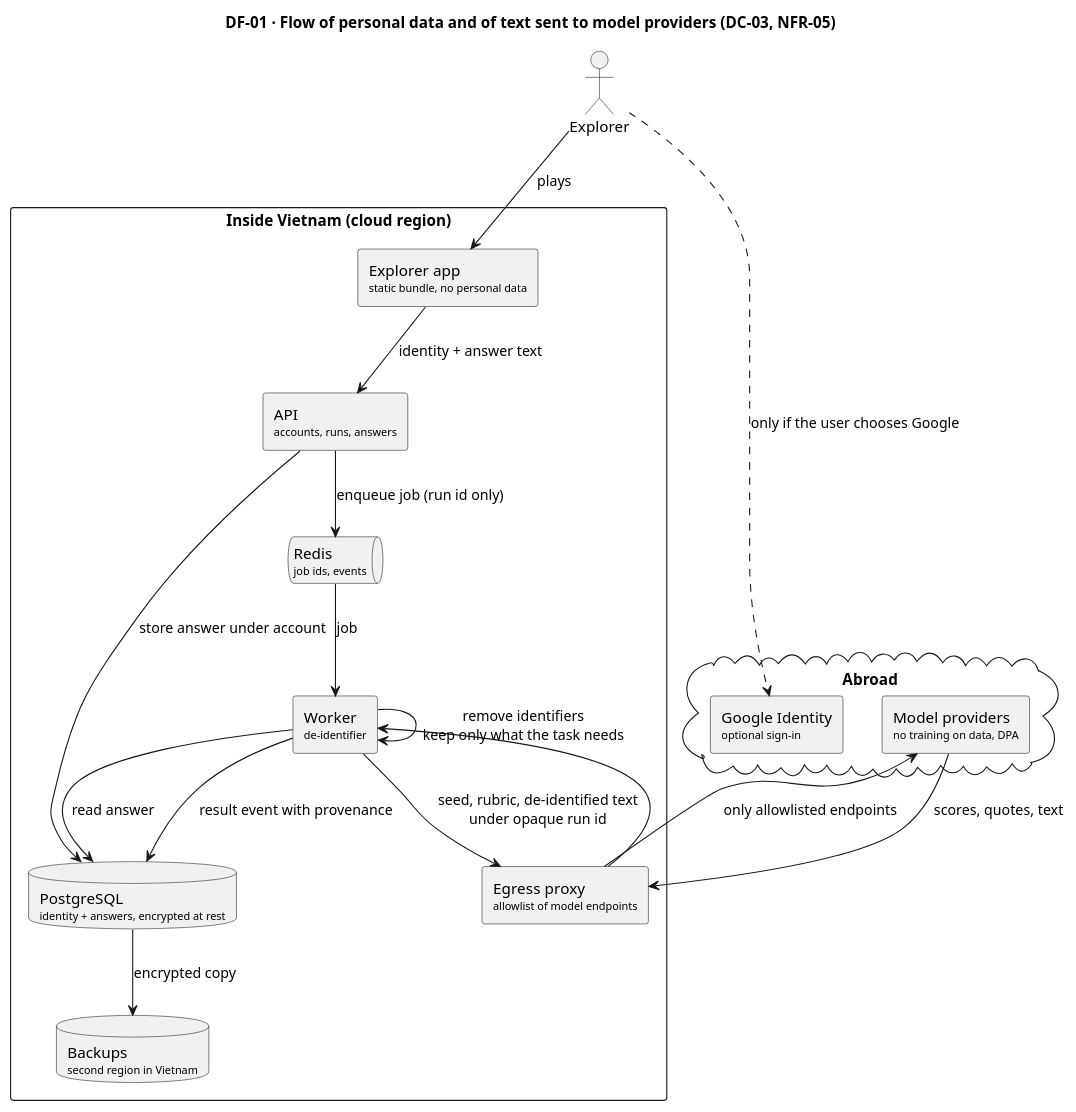
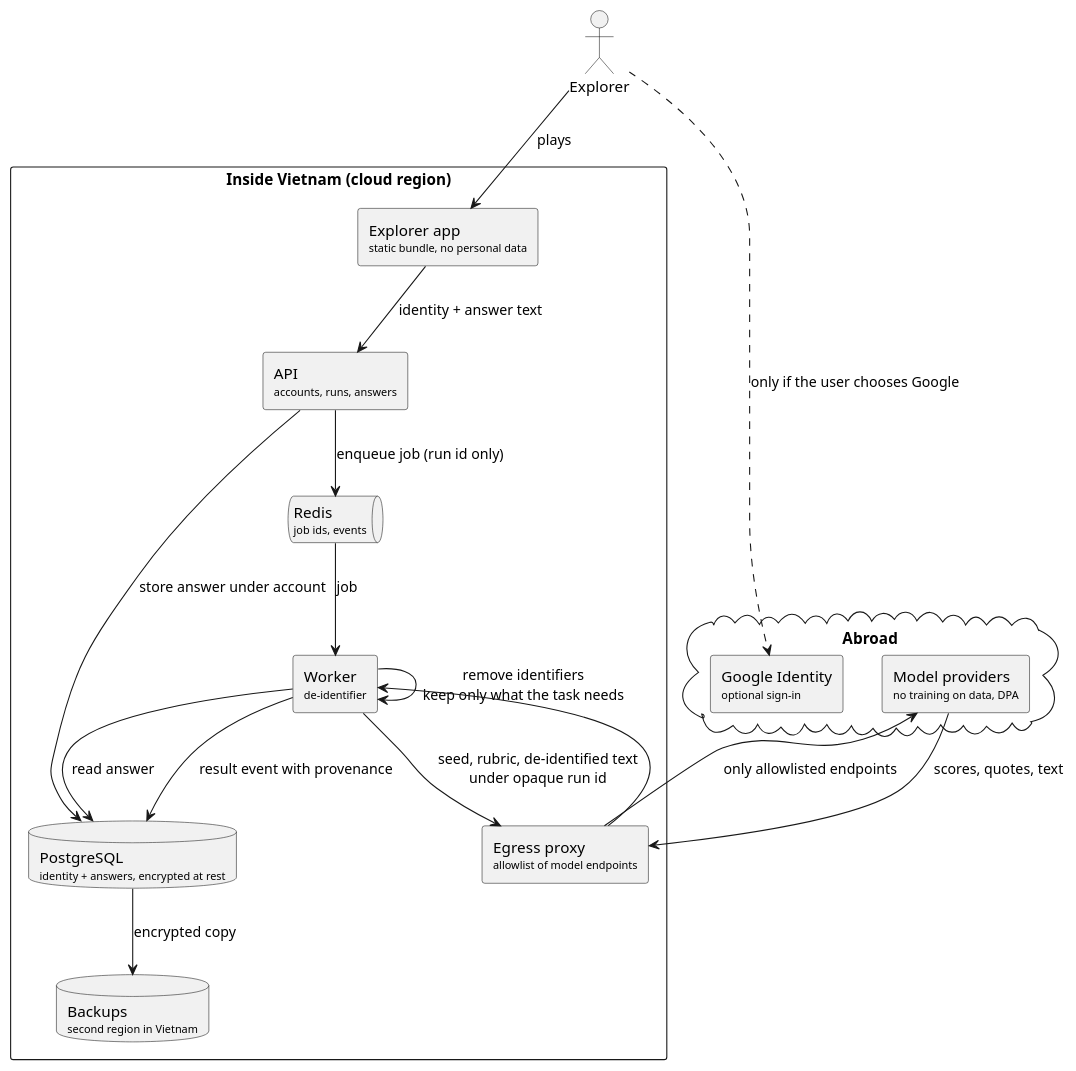
Before and after one commit to The-Golden-Trio/Capstone-Project: the diagram in reports/master/plantuml/DF-01_PersonalDataFlow.puml, drawn with PlantUML. The commit also changed 167 other files, not shown here.

```diff
--- a/reports/master/plantuml/DF-01_PersonalDataFlow.puml
+++ b/reports/master/plantuml/DF-01_PersonalDataFlow.puml
@@ -1,34 +1,33 @@
 @startuml DF-01_PersonalDataFlow
-title DF-01 · Flow of personal data and of text sent to model providers (DC-03, NFR-05)
 skinparam componentStyle rectangle
 
 actor Explorer
 rectangle "Inside Vietnam (cloud region)" {
   [Explorer app\n<size:10>static bundle, no personal data</size>] as App
   [API\n<size:10>accounts, runs, answers</size>] as Api
   database "PostgreSQL\n<size:10>identity + answers, encrypted at rest</size>" as Pg
   queue "Redis\n<size:10>job ids, events</size>" as Rd
   [Worker\n<size:10>de-identifier</size>] as Wk
   [Egress proxy\n<size:10>allowlist of model endpoints</size>] as Px
   database "Backups\n<size:10>second region in Vietnam</size>" as Bk
 }
 cloud "Abroad" {
   [Model providers\n<size:10>no training on data, DPA</size>] as Mp
   [Google Identity\n<size:10>optional sign-in</size>] as Gi
 }
 
 Explorer --> App : plays
 App --> Api : identity + answer text
 Api --> Pg : store answer under account
 Api --> Rd : enqueue job (run id only)
 Rd --> Wk : job
 Wk --> Pg : read answer
 Wk --> Wk : remove identifiers\nkeep only what the task needs
 Wk --> Px : seed, rubric, de-identified text\nunder opaque run id
 Px --> Mp : only allowlisted endpoints
 Mp --> Px : scores, quotes, text
 Px --> Wk
 Wk --> Pg : result event with provenance
 Pg --> Bk : encrypted copy
 Explorer ..> Gi : only if the user chooses Google
 @enduml
```
